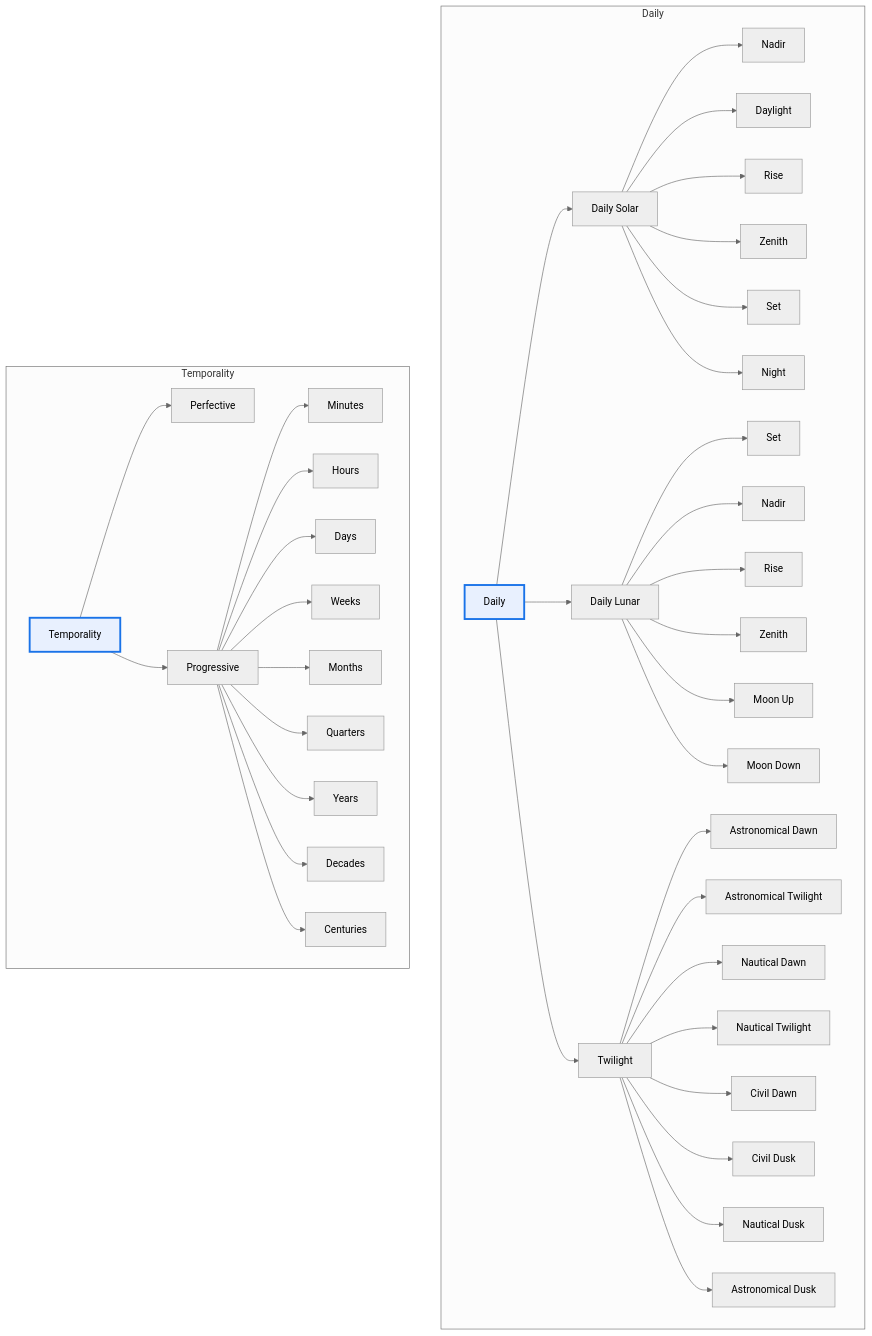
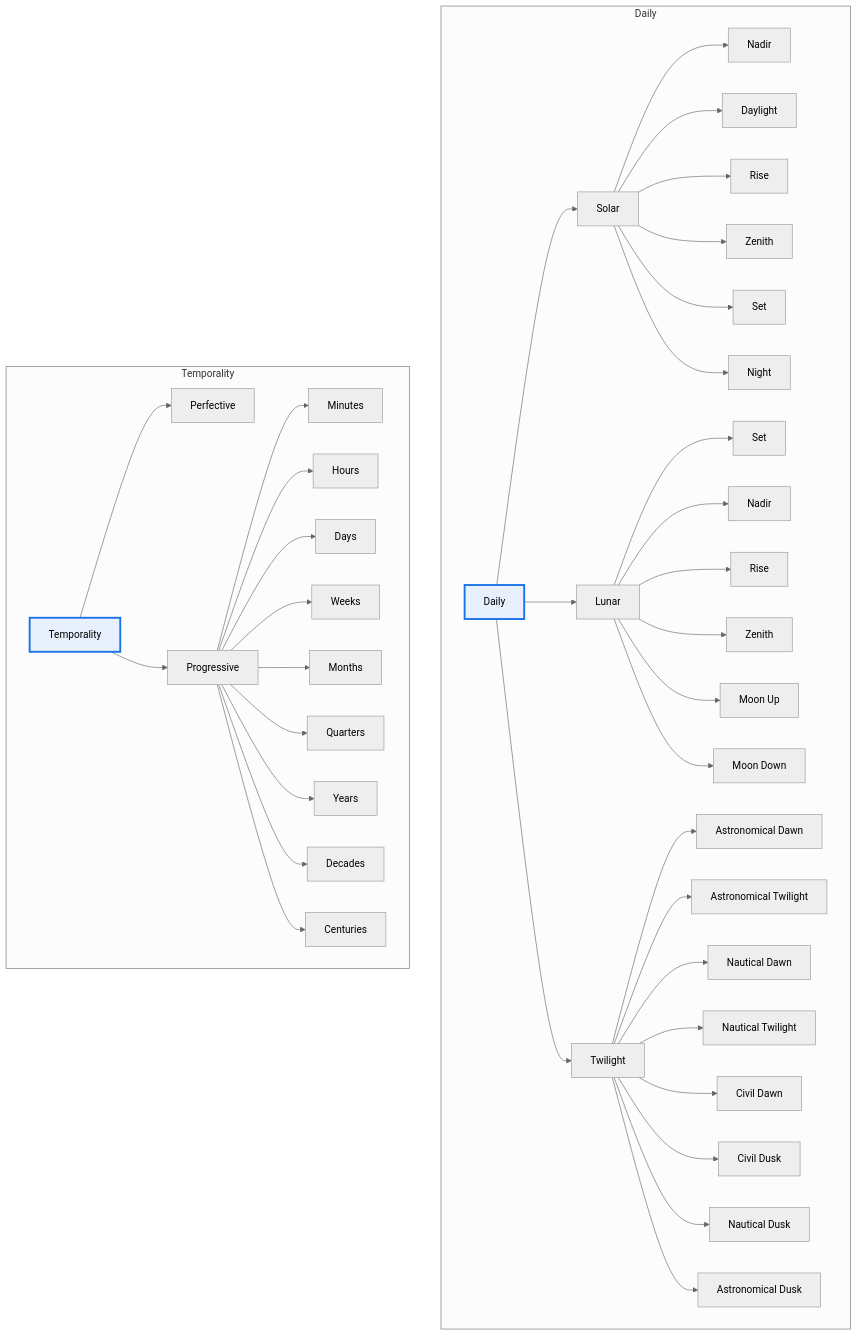
The third of 8 diagrams in projects/caelundas/caelundas-db/documentation/tag-graph-data.md (organizzolini/codebase), drawn with Mermaid (neutral theme) before and after one commit. The commit also changed other lines of this file and 57 other files, not shown here.

````diff
--- a/projects/caelundas/caelundas-db/documentation/tag-graph-data.md
+++ b/projects/caelundas/caelundas-db/documentation/tag-graph-data.md
@@ -65,18 +65,18 @@
 ```mermaid
 flowchart LR
     classDef root fill:#e8f0fe,stroke:#1a73e8,stroke-width:3px
     subgraph nb2["Temporality"]
         direction LR
         n11["Temporality"] --> n12["Perfective"] & n13["Progressive"]
-        n13 --> n107["Minutes"] & n108["Hours"] & n109["Days"] & n110["Weeks"] & n111["Months"] & n112["Quarters"] & n113["Years"] & n114["Decades"] & n115["Centuries"]
+        n13 --> n101["Minutes"] & n102["Hours"] & n103["Days"] & n104["Weeks"] & n105["Months"] & n106["Quarters"] & n107["Years"] & n108["Decades"] & n109["Centuries"]
     end
     subgraph nb3["Daily"]
         direction LR
-        n14["Daily"] --> n15["Daily Solar"] & n16["Daily Lunar"] & n17["Twilight"]
-        n15 --> n125["Nadir"] & n126["Daylight"] & n127["Rise"] & n128["Zenith"] & n129["Set"] & n130["Night"]
-        n16 --> n151["Set"] & n152["Nadir"] & n153["Rise"] & n154["Zenith"] & n155["Moon Up"] & n156["Moon Down"]
-        n17 --> n157["Astronomical Dawn"] & n158["Astronomical Twilight"] & n159["Nautical Dawn"] & n160["Nautical Twilight"] & n161["Civil Dawn"] & n162["Civil Dusk"] & n163["Nautical Dusk"] & n164["Astronomical Dusk"]
+        n14["Daily"] --> n15["Solar"] & n16["Lunar"] & n17["Twilight"]
+        n15 --> n119["Nadir"] & n120["Daylight"] & n121["Rise"] & n122["Zenith"] & n123["Set"] & n124["Night"]
+        n16 --> n147["Set"] & n148["Nadir"] & n149["Rise"] & n150["Zenith"] & n151["Moon Up"] & n152["Moon Down"]
+        n17 --> n153["Astronomical Dawn"] & n154["Astronomical Twilight"] & n155["Nautical Dawn"] & n156["Nautical Twilight"] & n157["Civil Dawn"] & n158["Civil Dusk"] & n159["Nautical Dusk"] & n160["Astronomical Dusk"]
     end
     nb2 ~~~ nb3
     class n11,n14 root
 ```
````
